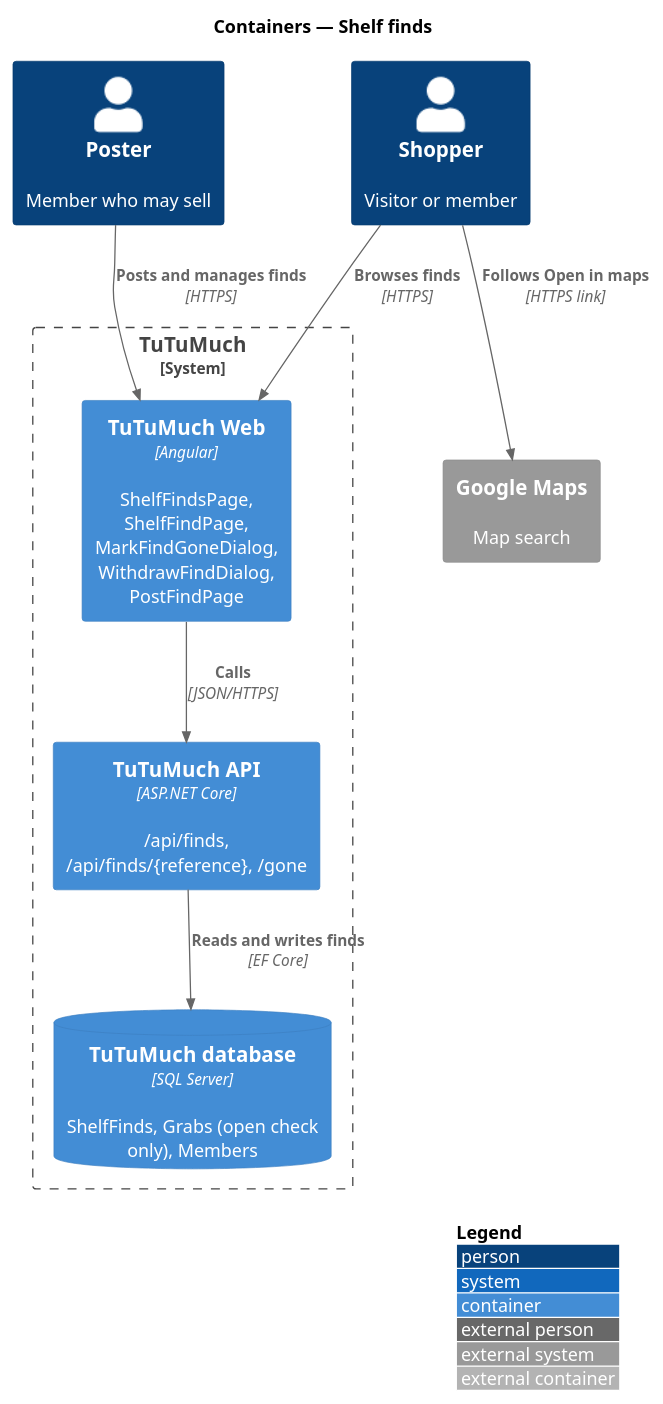
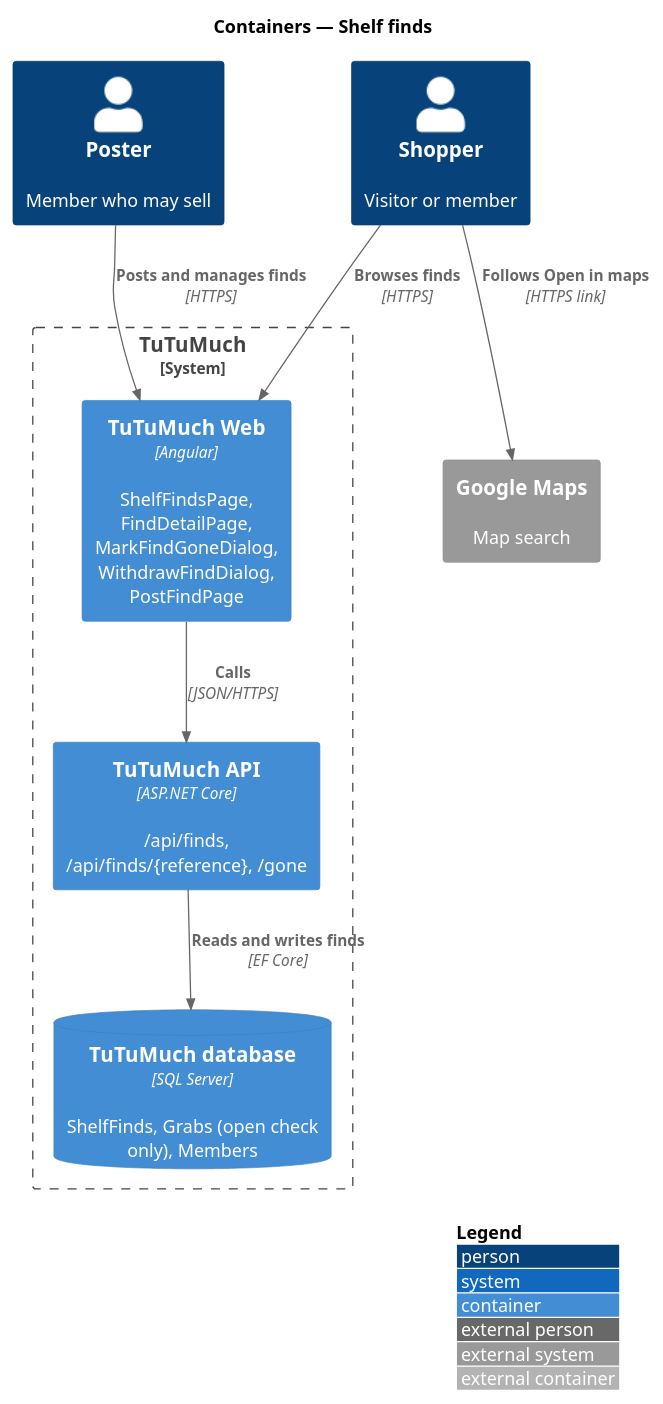
Before and after one commit to QuinntyneBrown/tutumuch: the diagram in docs/detailed-designs/catalog/shelf-finds/diagrams/c4-container.puml, drawn with PlantUML. The commit also changed 24 other files, not shown here.

First line of the commit message:
Shelf finds and grabs: estimates at their true completion, changelog entry, and the designs, specs, ADR and screen composition aligned with what was built

```diff
--- a/docs/detailed-designs/catalog/shelf-finds/diagrams/c4-container.puml
+++ b/docs/detailed-designs/catalog/shelf-finds/diagrams/c4-container.puml
@@ -1,20 +1,20 @@
 @startuml
 !include <C4/C4_Container>
 LAYOUT_WITH_LEGEND()
 title Containers — Shelf finds
 
 Person(poster, "Poster", "Member who may sell")
 Person(shopper, "Shopper", "Visitor or member")
 System_Ext(maps, "Google Maps", "Map search")
 System_Boundary(tutumuch, "TuTuMuch") {
-  Container(web, "TuTuMuch Web", "Angular", "ShelfFindsPage, ShelfFindPage, MarkFindGoneDialog, WithdrawFindDialog, PostFindPage")
+  Container(web, "TuTuMuch Web", "Angular", "ShelfFindsPage, FindDetailPage, MarkFindGoneDialog, WithdrawFindDialog, PostFindPage")
   Container(api, "TuTuMuch API", "ASP.NET Core", "/api/finds, /api/finds/{reference}, /gone")
   ContainerDb(db, "TuTuMuch database", "SQL Server", "ShelfFinds, Grabs (open check only), Members")
 }
 
 Rel(poster, web, "Posts and manages finds", "HTTPS")
 Rel(shopper, web, "Browses finds", "HTTPS")
 Rel(web, api, "Calls", "JSON/HTTPS")
 Rel(api, db, "Reads and writes finds", "EF Core")
 Rel(shopper, maps, "Follows Open in maps", "HTTPS link")
 @enduml
```
